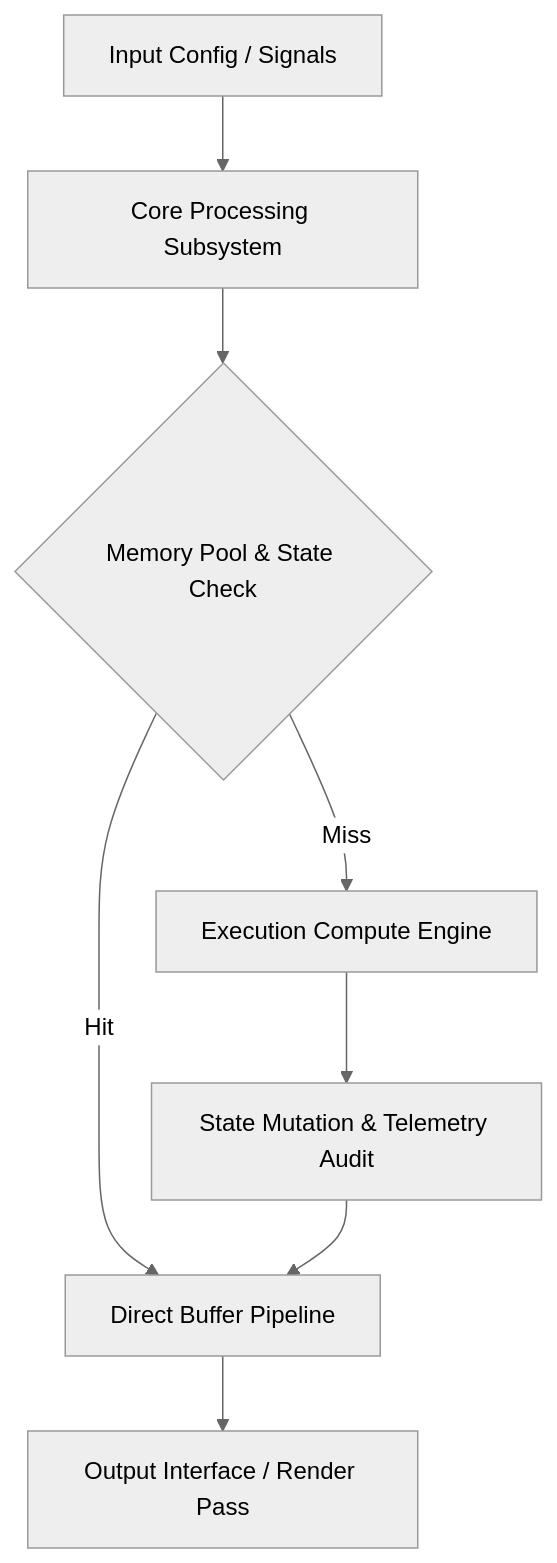
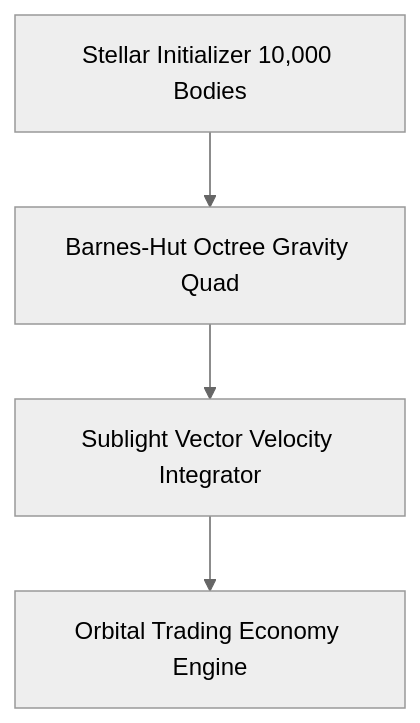
Before and after one commit to Jirnyak/starcluster: the diagram in README.md, drawn with Mermaid (neutral theme). The commit also changed other lines of this file, not shown here.

Commit message:
docs: enrich starcluster README with deep domain diagrams, technical specs & 100% human docs

````diff
--- a/README.md
+++ b/README.md
@@ -35,10 +25,6 @@
 ```mermaid
 graph TD
-    A[Input Config / Signals] --> B[Core Processing Subsystem]
-    B --> C{Memory Pool & State Check}
-    C -- Hit --> D[Direct Buffer Pipeline]
-    C -- Miss --> E[Execution Compute Engine]
-    E --> F[State Mutation & Telemetry Audit]
-    F --> D
-    D --> G[Output Interface / Render Pass]
+    A[Stellar Initializer 10,000 Bodies] --> B[Barnes-Hut Octree Gravity Quad]
+    B --> C[Sublight Vector Velocity Integrator]
+    C --> D[Orbital Trading Economy Engine]
 ```
````
